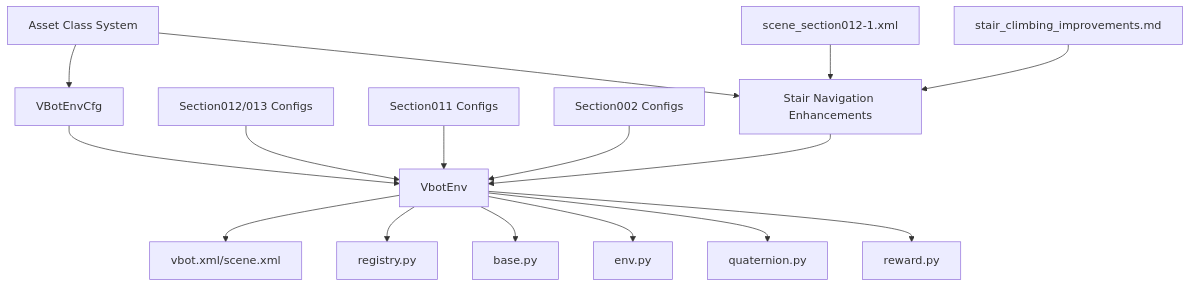
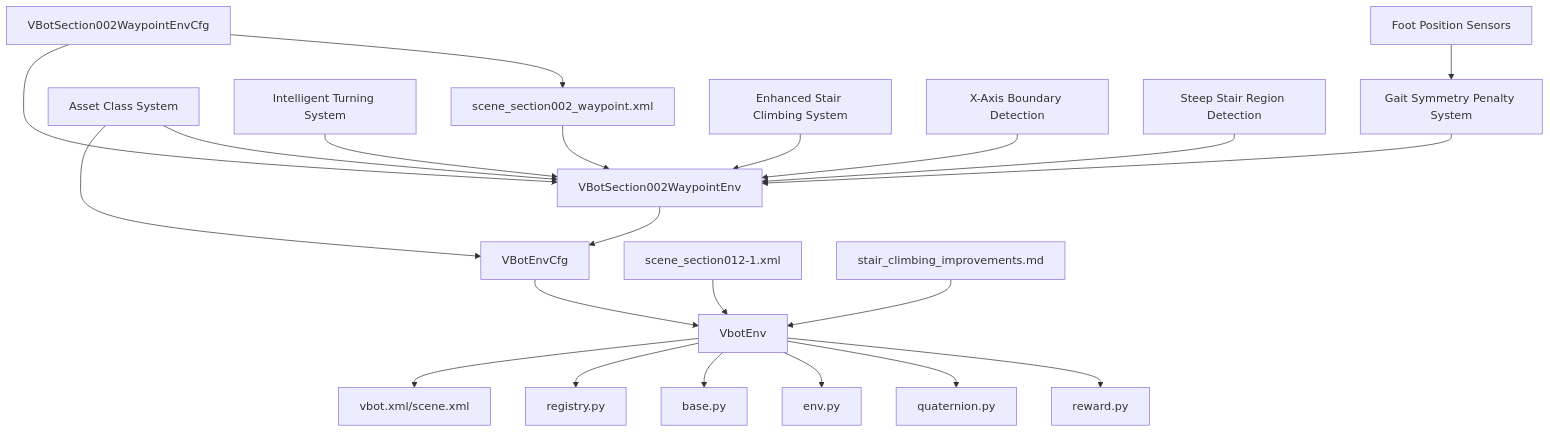
The fourth of 4 diagrams in .qoder/repowiki/en/content/Navigation Environments/VBot Navigation/VBot Base Environment.md (jayjayhust/MotrixLab), drawn with Mermaid before and after one commit. The commit also changed other lines of this file and 27 other files, not shown here.

````diff
--- a/.qoder/repowiki/en/content/Navigation Environments/VBot Navigation/VBot Base Environment.md
+++ b/.qoder/repowiki/en/content/Navigation Environments/VBot Navigation/VBot Base Environment.md
@@ -506,18 +678,24 @@
 ```mermaid
 graph TB
 VBOT["VbotEnv"] --> XML["vbot.xml/scene.xml"]
 VBOT --> REG["registry.py"]
 VBOT --> BASE["base.py"]
 VBOT --> NPENV["env.py"]
 VBOT --> QUAT["quaternion.py"]
 VBOT --> REWARD["reward.py"]
 CFG["VBotEnvCfg"] --> VBOT
-CLIMB_CFG["Section012/013 Configs"] --> VBOT
-SECTION011_CFG["Section011 Configs"] --> VBOT
-SECTION002_CFG["Section002 Configs"] --> VBOT
-STAIR_ENHANCEMENTS["Stair Navigation Enhancements"] --> VBOT
+WAYPOINT_ENV["VBotSection002WaypointEnv"] --> CFG
+WAYPOINT_CFG["VBotSection002WaypointEnvCfg"] --> WAYPOINT_ENV
+WAYPOINT_XML["scene_section002_waypoint.xml"] --> WAYPOINT_ENV
+WAYPOINT_CFG --> WAYPOINT_XML
 ASSET_SYSTEM["Asset Class System"] --> CFG
-ASSET_SYSTEM --> STAIR_ENHANCEMENTS
-STAIR_XML["scene_section012-1.xml"] --> STAIR_ENHANCEMENTS
-STAIR_IMPROVEMENTS["stair_climbing_improvements.md"] --> STAIR_ENHANCEMENTS
+ASSET_SYSTEM --> WAYPOINT_ENV
+STAIR_XML["scene_section012-1.xml"] --> VBOT
+STAIR_IMPROVEMENTS["stair_climbing_improvements.md"] --> VBOT
+INTELLIGENT_TURNING["Intelligent Turning System"] --> WAYPOINT_ENV
+GAIT_SYMMETRY["Gait Symmetry Penalty System"] --> WAYPOINT_ENV
+ENHANCED_STAIR["Enhanced Stair Climbing System"] --> WAYPOINT_ENV
+X_BOUNDARY["X-Axis Boundary Detection"] --> WAYPOINT_ENV
+STEPPED_STAIR_REGION["Steep Stair Region Detection"] --> WAYPOINT_ENV
+FOOT_SENSORS["Foot Position Sensors"] --> GAIT_SYMMETRY
 ```
````
